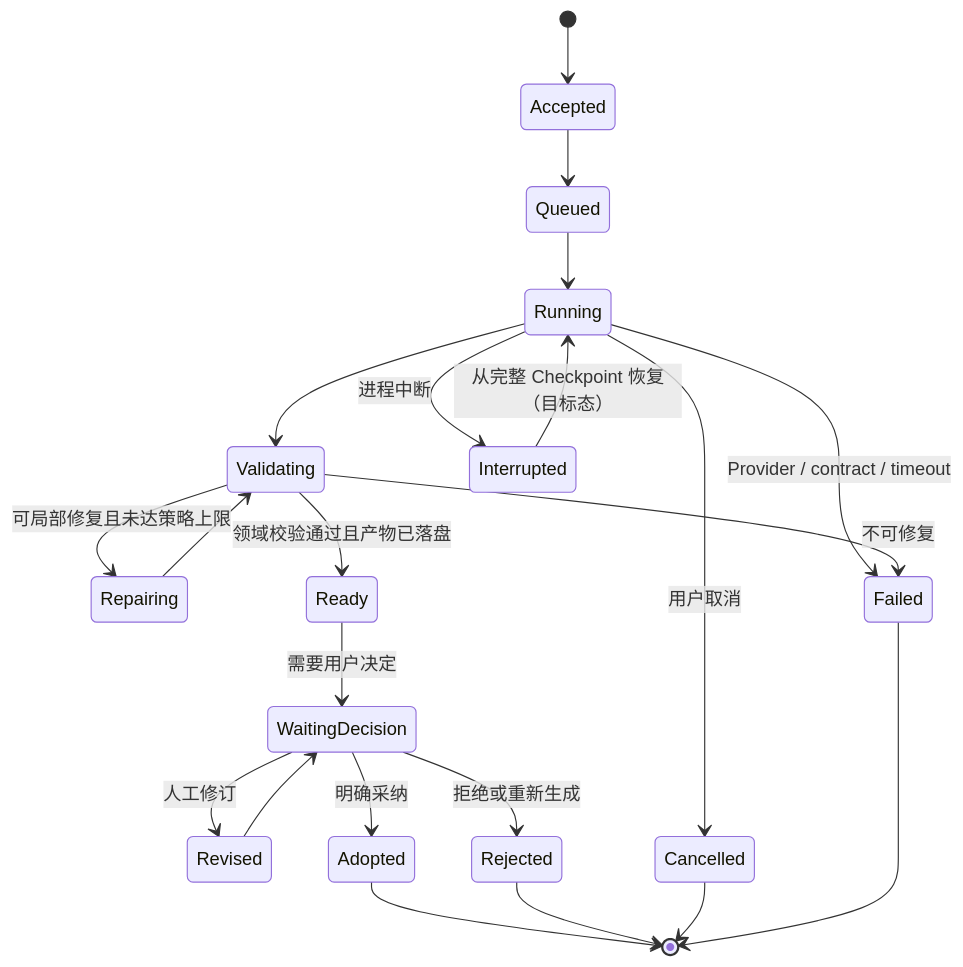
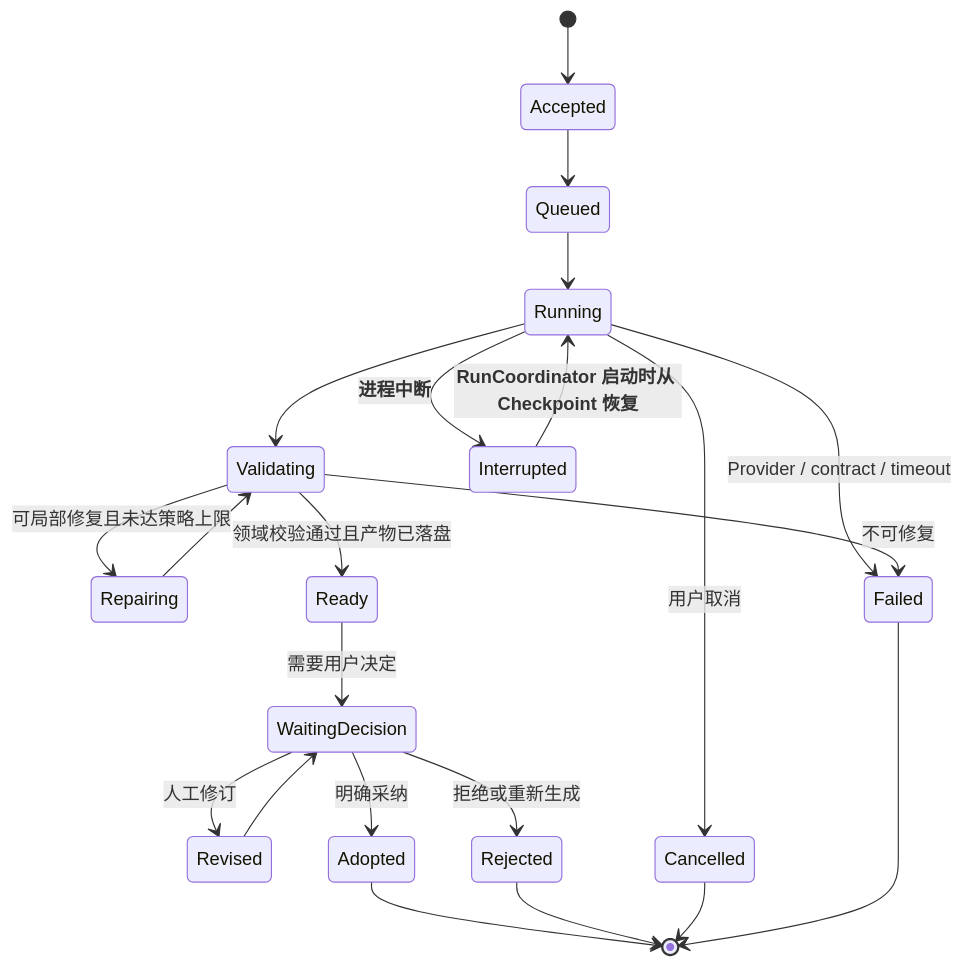
Before and after one commit to quchenchen/ScriptNow: the third of 8 diagrams in docs/v7-spec-v1.1/19-SYSTEM-BUSINESS-FLOW-MAP.md, drawn with Mermaid. The commit also changed other lines of this file and 10 other files, not shown here.

````diff
--- a/docs/v7-spec-v1.1/19-SYSTEM-BUSINESS-FLOW-MAP.md
+++ b/docs/v7-spec-v1.1/19-SYSTEM-BUSINESS-FLOW-MAP.md
@@ -104,24 +115,24 @@
 ```mermaid
 stateDiagram-v2
     [*] --> Accepted
     Accepted --> Queued
     Queued --> Running
     Running --> Validating
     Validating --> Repairing: 可局部修复且未达策略上限
     Repairing --> Validating
     Validating --> Ready: 领域校验通过且产物已落盘
     Ready --> WaitingDecision: 需要用户决定
     WaitingDecision --> Revised: 人工修订
     Revised --> WaitingDecision
     WaitingDecision --> Adopted: 明确采纳
     WaitingDecision --> Rejected: 拒绝或重新生成
     Running --> Cancelled: 用户取消
     Running --> Failed: Provider / contract / timeout
     Validating --> Failed: 不可修复
-    Running --> Interrupted: 进程中断
-    Interrupted --> Running: 从完整 Checkpoint 恢复（目标态）
+    Running --> Interrupted: <b>进程中断</b>
+    Interrupted --> Running: <b>RunCoordinator 启动时从 Checkpoint 恢复</b>
     Adopted --> [*]
     Rejected --> [*]
     Cancelled --> [*]
     Failed --> [*]
 ```
````
